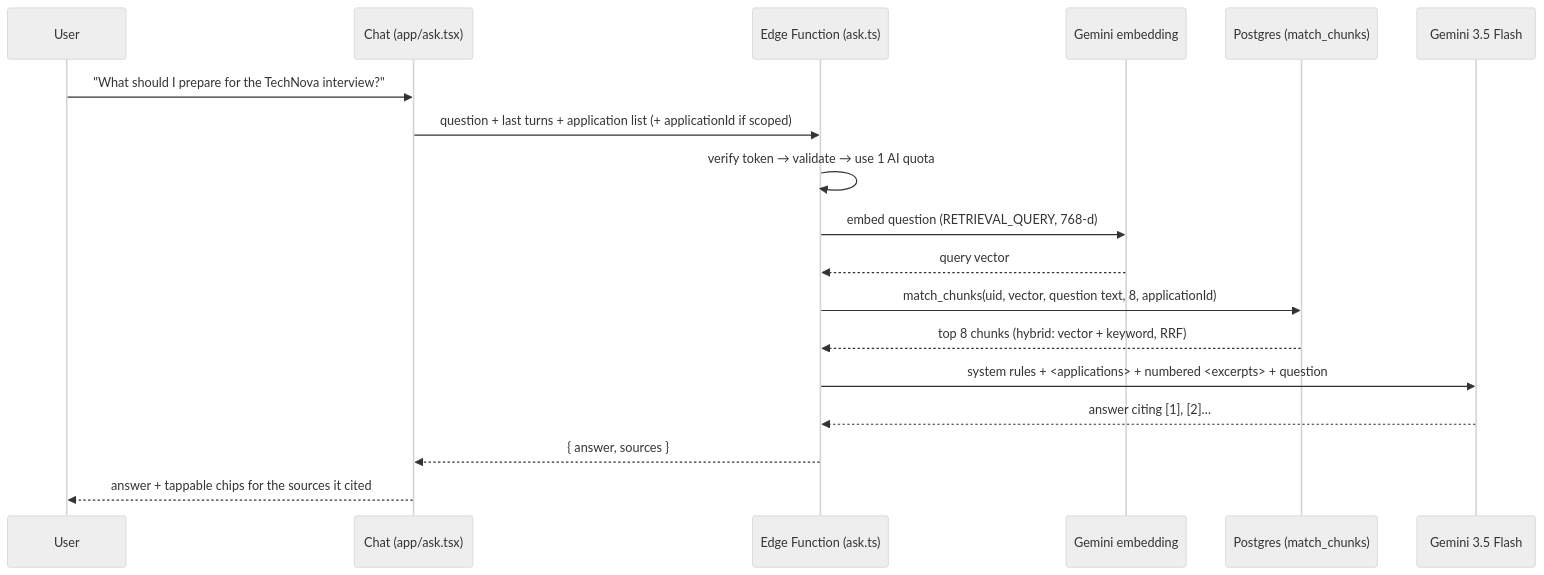
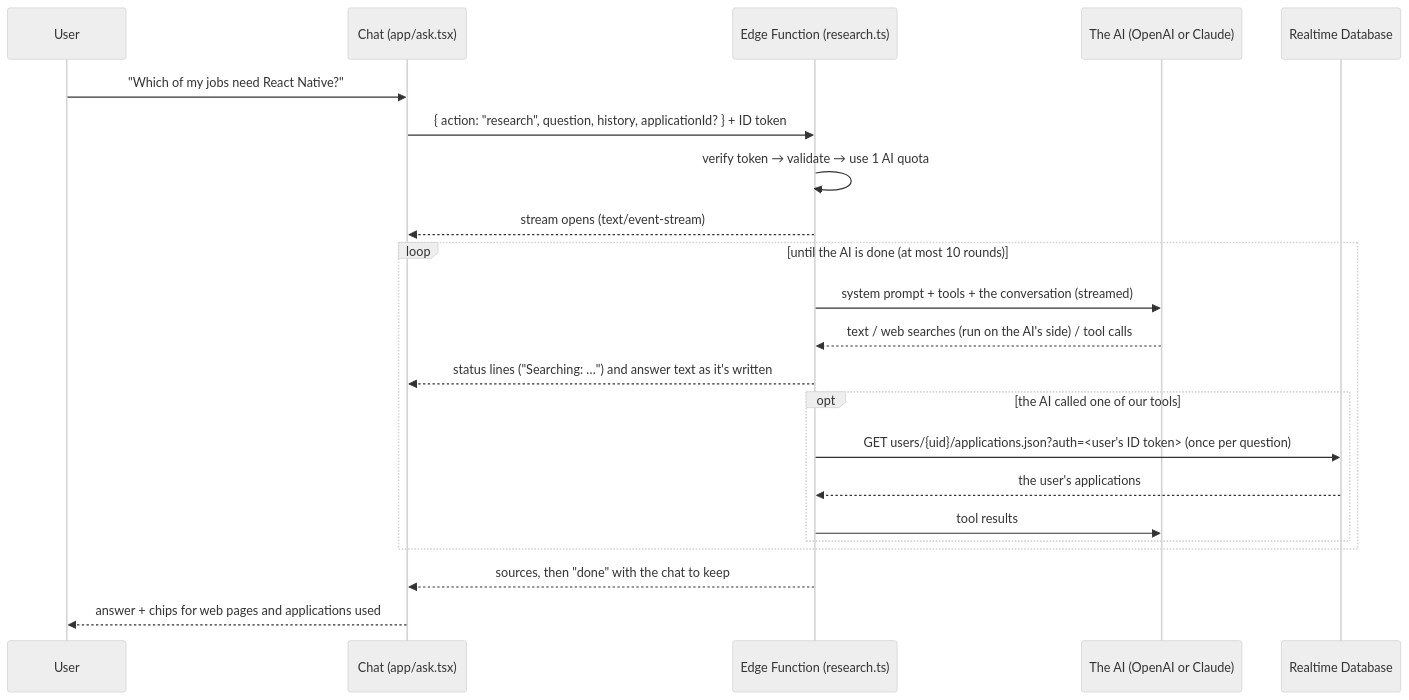
The third of 3 diagrams in AI_ARCHITECTURE.md (mizanurasif/NextStep), drawn with Mermaid (neutral theme) before and after one commit. The commit also changed other lines of this file and 29 other files, not shown here.

````diff
--- a/AI_ARCHITECTURE.md
+++ b/AI_ARCHITECTURE.md
@@ -334,21 +255,25 @@
 ```mermaid
 sequenceDiagram
     participant U as User
     participant App as Chat (app/ask.tsx)
-    participant Fn as Edge Function (ask.ts)
-    participant E as Gemini embedding
-    participant DB as Postgres (match_chunks)
-    participant G as Gemini 3.5 Flash
+    participant Fn as Edge Function (research.ts)
+    participant M as The AI (OpenAI or Claude)
+    participant DB as Realtime Database
 
-    U->>App: "What should I prepare for the TechNova interview?"
-    App->>Fn: question + last turns + application list (+ applicationId if scoped)
+    U->>App: "Which of my jobs need React Native?"
+    App->>Fn: { action: "research", question, history, applicationId? } + ID token
     Fn->>Fn: verify token → validate → use 1 AI quota
-    Fn->>E: embed question (RETRIEVAL_QUERY, 768-d)
-    E-->>Fn: query vector
-    Fn->>DB: match_chunks(uid, vector, question text, 8, applicationId)
-    DB-->>Fn: top 8 chunks (hybrid: vector + keyword, RRF)
-    Fn->>G: system rules + <applications> + numbered <excerpts> + question
-    G-->>Fn: answer citing [1], [2]…
-    Fn-->>App: { answer, sources }
-    App-->>U: answer + tappable chips for the sources it cited
+    Fn-->>App: stream opens (text/event-stream)
+    loop until the AI is done (at most 10 rounds)
+        Fn->>M: system prompt + tools + the conversation (streamed)
+        M-->>Fn: text / web searches (run on the AI's side) / tool calls
+        Fn-->>App: status lines ("Searching: …") and answer text as it's written
+        opt the AI called one of our tools
+            Fn->>DB: GET users/{uid}/applications.json?auth=<user's ID token> (once per question)
+            DB-->>Fn: the user's applications
+            Fn->>M: tool results
+        end
+    end
+    Fn-->>App: sources, then "done" with the chat to keep
+    App-->>U: answer + chips for web pages and applications used
 ```
````
